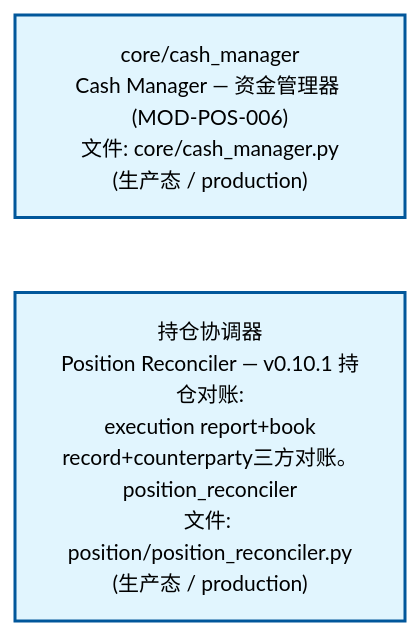
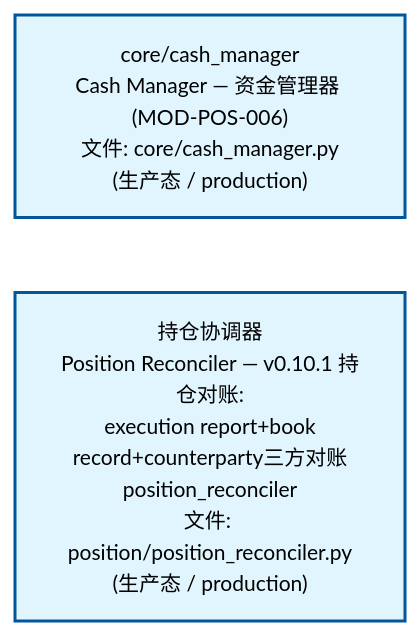
The second of 4 diagrams in docs/02_enterprise_architecture/02_domain_architecture_docs/64_d_position.md (xuanFelixVan/ZephyrAlpha), drawn with Mermaid before and after one commit. The commit also changed other lines of this file and 63 other files, not shown here.

````diff
--- a/docs/02_enterprise_architecture/02_domain_architecture_docs/64_d_position.md
+++ b/docs/02_enterprise_architecture/02_domain_architecture_docs/64_d_position.md
@@ -108,12 +108,12 @@
 ```mermaid
 %%{init: {'theme': 'base', 'themeVariables': {'primaryColor': '#eaeaea', 'primaryTextColor': '#333333', 'primaryBorderColor': '#666666', 'lineColor': '#666666', 'secondaryColor': '#eaeaea', 'tertiaryColor': '#eaeaea', 'fontSize': '14px'}}}%%
 flowchart TD
     src_zephyr_position_core_cash_manager_py["core/cash_manager<br/>Cash Manager — 资金管理器 (MOD-POS-006)<br/>文件: core/cash_manager.py<br/>(生产态 / production)"]
-    src_zephyr_position_position_reconciler_py["持仓协调器<br/>Position Reconciler — v0.10.1 持仓对账:<br/>execution report+book<br/>record+counterparty三方对账。<br/>position_reconciler<br/>文件: position/position_reconciler.py<br/>(生产态 / production)"]
+    src_zephyr_position_position_reconciler_py["持仓协调器<br/>Position Reconciler — v0.10.1 持仓对账:<br/>execution report+book<br/>record+counterparty三方对账<br/>position_reconciler<br/>文件: position/position_reconciler.py<br/>(生产态 / production)"]
     src_zephyr_position_core_cash_manager_py ~~~ src_zephyr_position_position_reconciler_py
     classDef production fill:#e1f5fe,stroke:#01579b,stroke-width:2px,color:#000
     classDef design fill:#fff3e0,stroke:#e65100,stroke-width:2px,color:#000,stroke-dasharray: 5 5
     classDef external_prod fill:#e8f4fd,stroke:#0277bd,stroke-width:1px,color:#000
     classDef external_design fill:#fff8e7,stroke:#ef6c00,stroke-width:1px,color:#000,stroke-dasharray: 5 5
     class src_zephyr_position_core_cash_manager_py,src_zephyr_position_position_reconciler_py production
 ```
````
